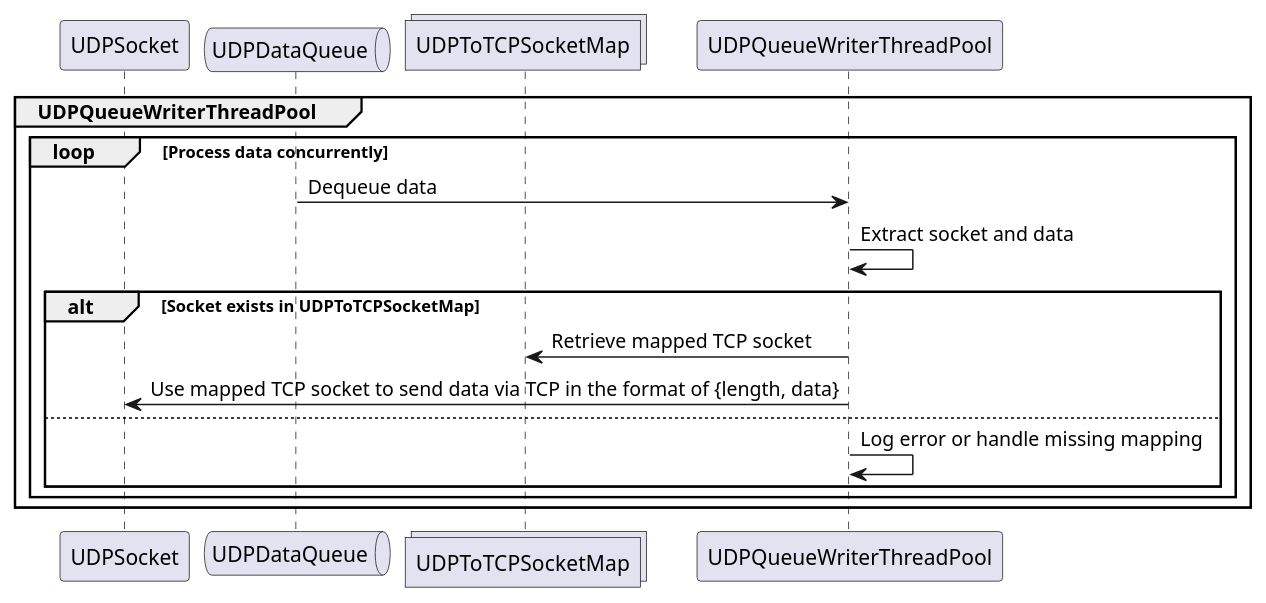
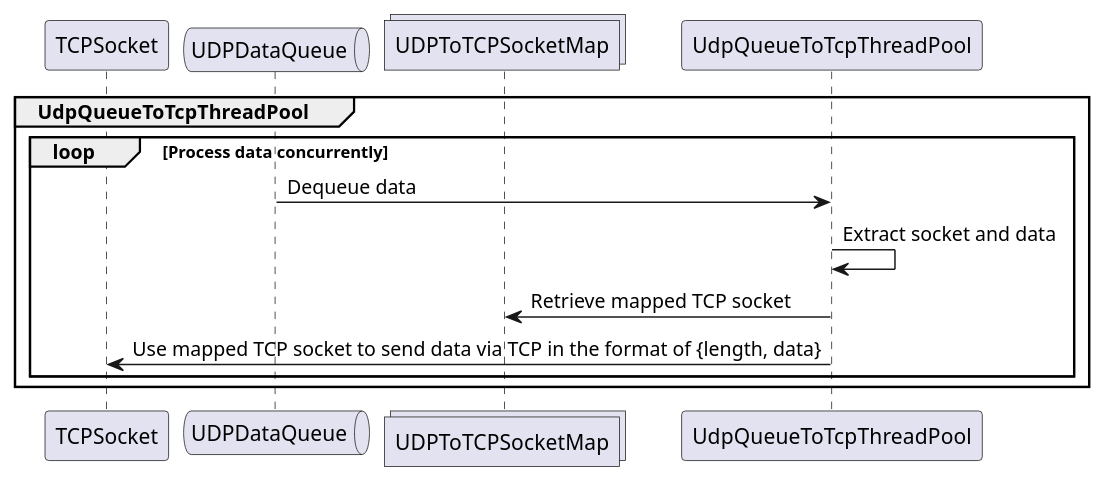
One commit to xiguichen/tcpudp changed the fifth of 5 diagrams in doc/server.md. Above: the diagram before and after it, drawn with PlantUML. The commit also changed other lines of this file, not shown here.

```diff
--- a/doc/server.md
+++ b/doc/server.md
@@ -89,19 +97,15 @@
 @startuml
-participant UDPSocket
+participant TCPSocket
 queue UDPDataQueue
 collections UDPToTCPSocketMap
 
-group UDPQueueWriterThreadPool
+group UdpQueueToTcpThreadPool
     loop Process data concurrently
-        UDPDataQueue -> UDPQueueWriterThreadPool: Dequeue data
-        UDPQueueWriterThreadPool -> UDPQueueWriterThreadPool: Extract socket and data
-        alt Socket exists in UDPToTCPSocketMap
-            UDPQueueWriterThreadPool -> UDPToTCPSocketMap: Retrieve mapped TCP socket
-            UDPQueueWriterThreadPool -> UDPSocket: Use mapped TCP socket to send data via TCP in the format of {length, data}
-        else
-            UDPQueueWriterThreadPool -> UDPQueueWriterThreadPool: Log error or handle missing mapping
-        end
+        UDPDataQueue -> UdpQueueToTcpThreadPool: Dequeue data
+        UdpQueueToTcpThreadPool -> UdpQueueToTcpThreadPool: Extract socket and data
+        UdpQueueToTcpThreadPool -> UDPToTCPSocketMap: Retrieve mapped TCP socket
+        UdpQueueToTcpThreadPool -> TCPSocket: Use mapped TCP socket to send data via TCP in the format of {length, data}
     end
 end
 
 @enduml
```
